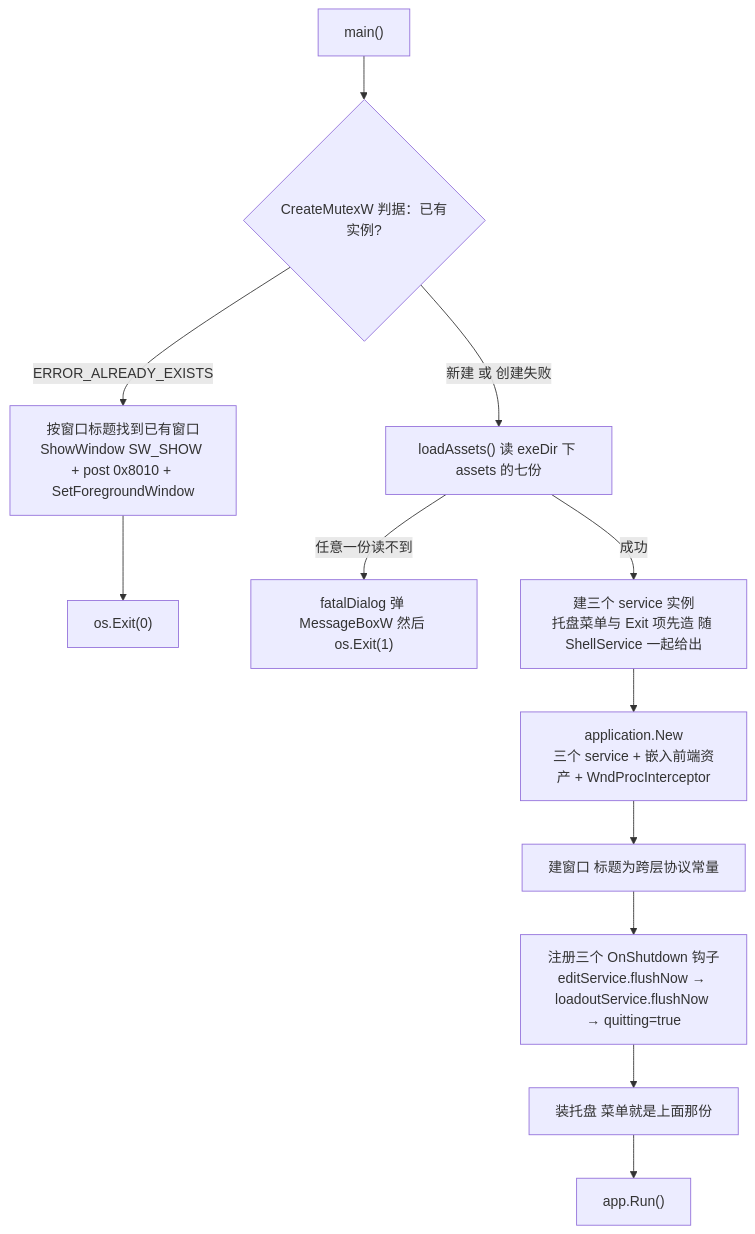
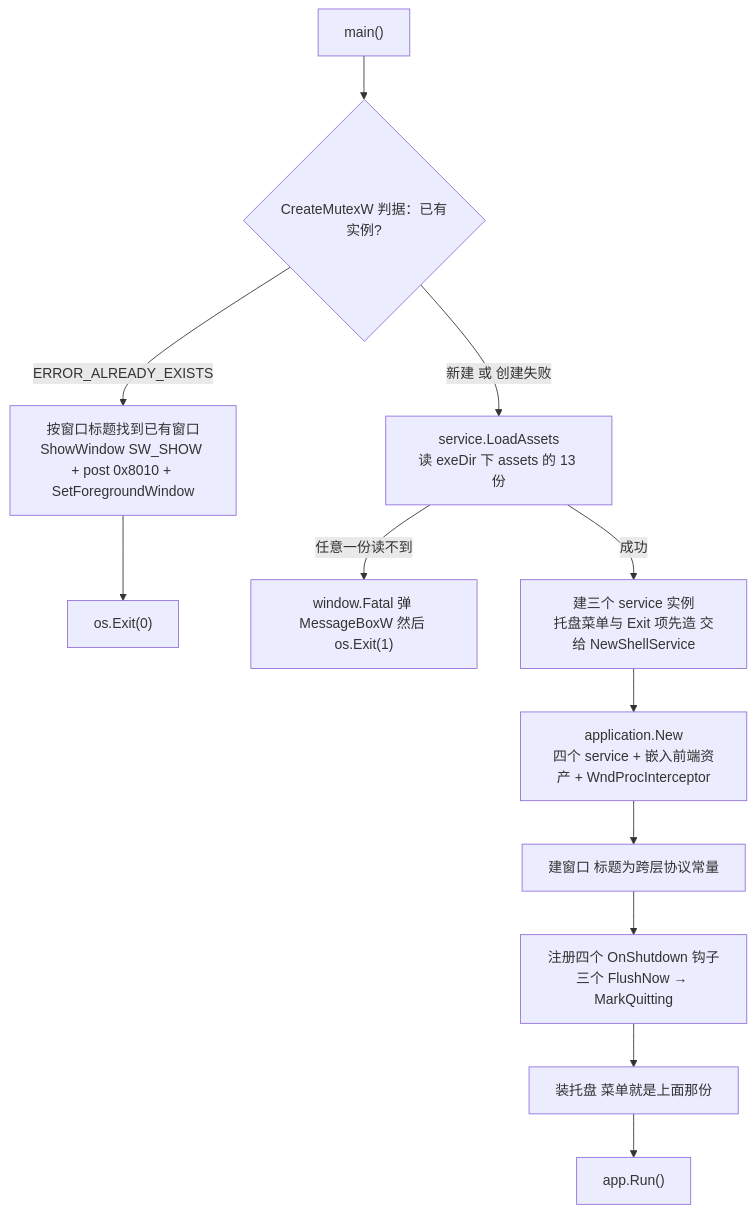
Before and after one commit to baagod/GBFR-Sigil-Loadout: the first of 4 diagrams in openwiki/architecture/visual-tool.md, drawn with Mermaid. The commit also changed other lines of this file and 52 other files, not shown here.

````diff
--- a/openwiki/architecture/visual-tool.md
+++ b/openwiki/architecture/visual-tool.md
@@ -67,14 +94,14 @@
 ```mermaid
 flowchart TD
     Main["main()"] --> Single{"CreateMutexW 判据：已有实例?"}
     Single -->|"ERROR_ALREADY_EXISTS"| Activate["按窗口标题找到已有窗口<br/>ShowWindow SW_SHOW + post 0x8010 + SetForegroundWindow"]
     Activate --> ExitZero["os.Exit(0)"]
-    Single -->|"新建 或 创建失败"| Load["loadAssets() 读 exeDir 下 assets 的七份"]
-    Load -->|"任意一份读不到"| Bad["fatalDialog 弹 MessageBoxW 然后 os.Exit(1)"]
-    Load -->|"成功"| Services["建三个 service 实例<br/>托盘菜单与 Exit 项先造 随 ShellService 一起给出"]
-    Services --> Assemble["application.New<br/>三个 service + 嵌入前端资产 + WndProcInterceptor"]
+    Single -->|"新建 或 创建失败"| Load["service.LoadAssets<br/>读 exeDir 下 assets 的 13 份"]
+    Load -->|"任意一份读不到"| Bad["window.Fatal 弹 MessageBoxW 然后 os.Exit(1)"]
+    Load -->|"成功"| Services["建三个 service 实例<br/>托盘菜单与 Exit 项先造 交给 NewShellService"]
+    Services --> Assemble["application.New<br/>四个 service + 嵌入前端资产 + WndProcInterceptor"]
     Assemble --> Window["建窗口 标题为跨层协议常量"]
-    Window --> Hooks["注册三个 OnShutdown 钩子<br/>editService.flushNow → loadoutService.flushNow → quitting=true"]
+    Window --> Hooks["注册四个 OnShutdown 钩子<br/>三个 FlushNow → MarkQuitting"]
     Hooks --> Tray["装托盘 菜单就是上面那份"]
     Tray --> Run["app.Run()"]
 ```
````
